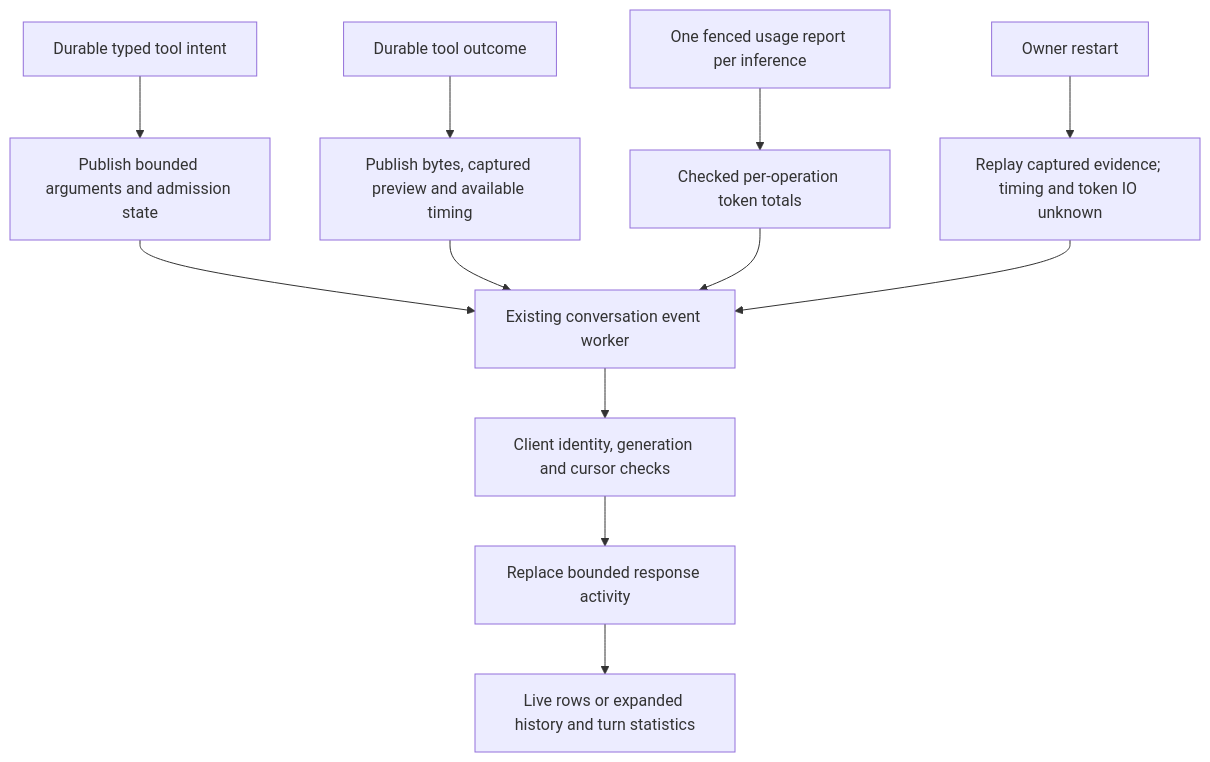
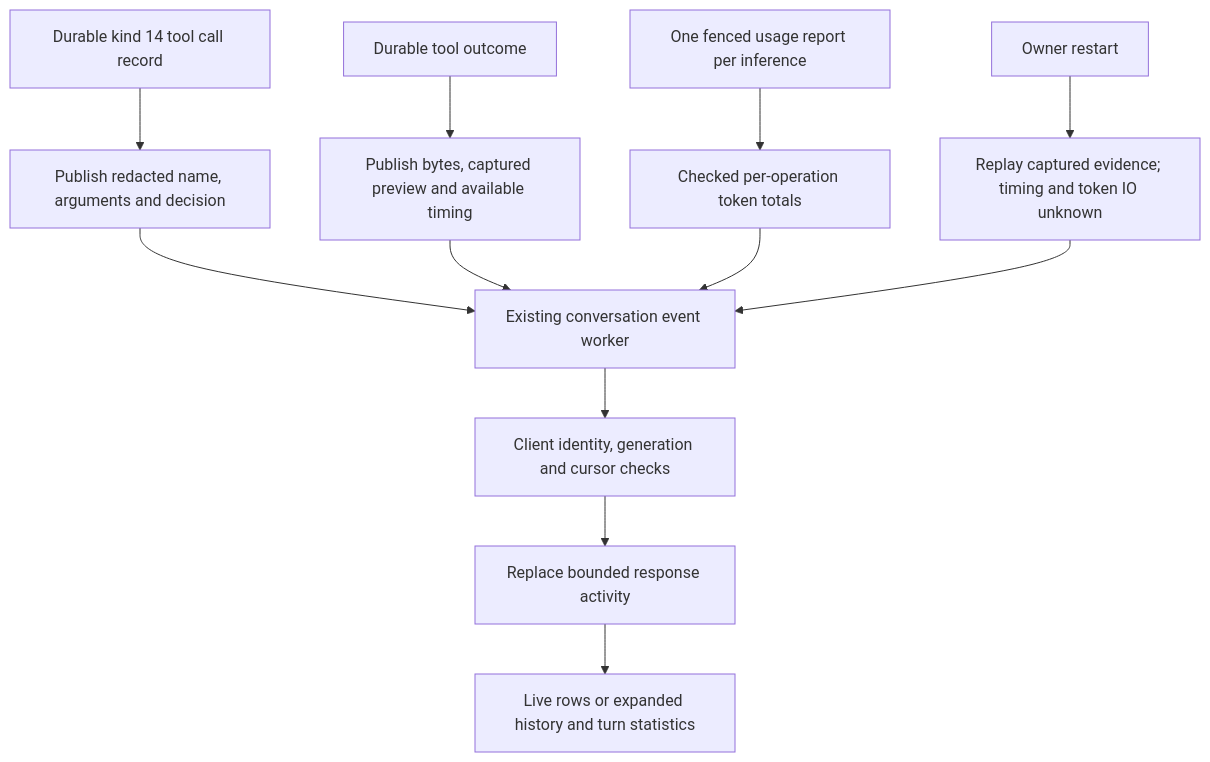
Before and after one commit to pidster/asura: the fifth of 5 diagrams in docs/designs/response-activity.md, drawn with Mermaid. The commit also changed other lines of this file and 77 other files, not shown here.

````diff
--- a/docs/designs/response-activity.md
+++ b/docs/designs/response-activity.md
@@ -334,14 +348,14 @@
 ```mermaid
 flowchart TD
-    Intent[Durable typed tool intent] --> Running[Publish bounded arguments and admission state]
+    Intent[Durable kind 14 tool call record] --> Running[Publish redacted name, arguments and decision]
     Result[Durable tool outcome] --> Enrich[Publish bytes, captured preview and available timing]
     Usage[One fenced usage report per inference] --> Sum[Checked per-operation token totals]
     Running --> Event[Existing conversation event worker]
     Enrich --> Event
     Sum --> Event
     Event --> Fence[Client identity, generation and cursor checks]
     Fence --> Cache[Replace bounded response activity]
     Cache --> UI[Live rows or expanded history and turn statistics]
     Restart[Owner restart] --> Unknown[Replay captured evidence; timing and token IO unknown]
     Unknown --> Event
 ```
````
